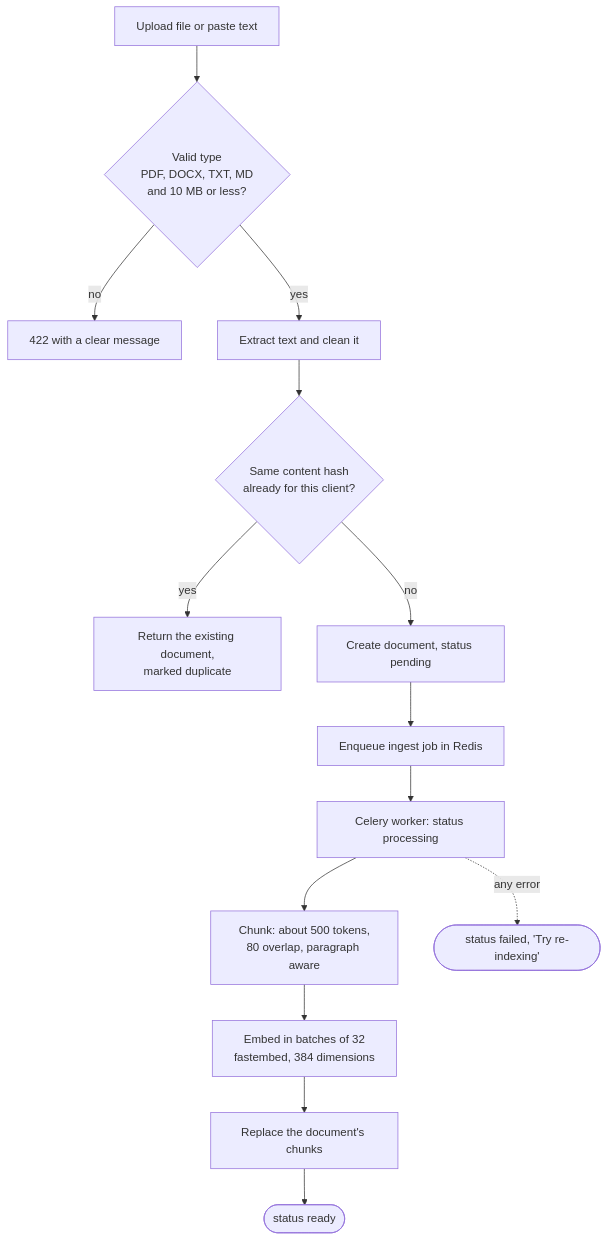
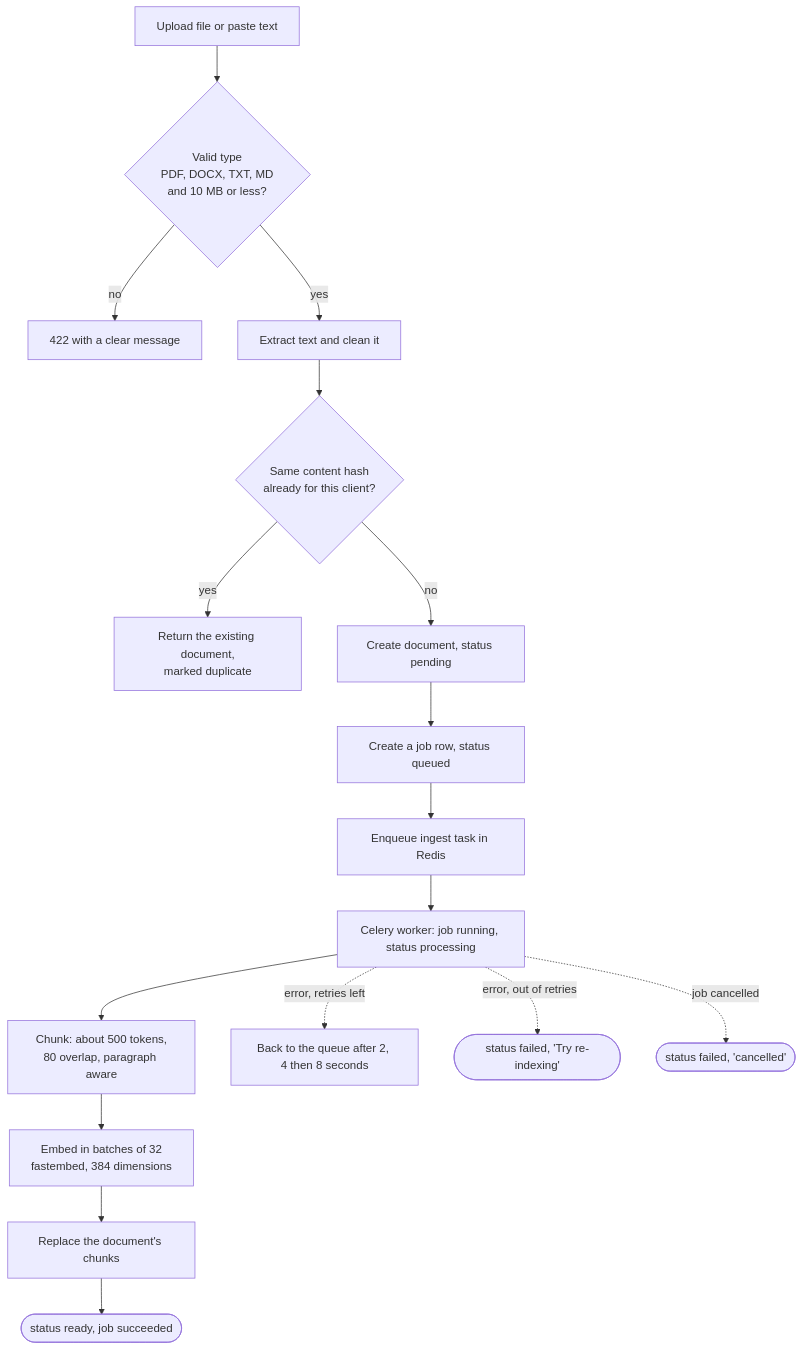
The eighth of 15 diagrams in README.md (shrxprxyx/MarketPilot), drawn with Mermaid before and after one commit. The commit also changed other lines of this file, not shown here.

````diff
--- a/README.md
+++ b/README.md
@@ -585,16 +619,19 @@
 ```mermaid
 flowchart TD
     up["Upload file or paste text"] --> val{"Valid type<br/>PDF, DOCX, TXT, MD<br/>and 10 MB or less?"}
     val -->|no| rej["422 with a clear message"]
     val -->|yes| ext["Extract text and clean it"]
     ext --> hash{"Same content hash<br/>already for this client?"}
     hash -->|yes| dup["Return the existing document,<br/>marked duplicate"]
     hash -->|no| row["Create document, status pending"]
-    row --> q["Enqueue ingest job in Redis"]
-    q --> w["Celery worker: status processing"]
+    row --> jb["Create a job row, status queued"]
+    jb --> q["Enqueue ingest task in Redis"]
+    q --> w["Celery worker: job running, status processing"]
     w --> ch["Chunk: about 500 tokens,<br/>80 overlap, paragraph aware"]
     ch --> em["Embed in batches of 32<br/>fastembed, 384 dimensions"]
     em --> st["Replace the document's chunks"]
-    st --> ok(["status ready"])
-    w -.->|any error| fail(["status failed, 'Try re-indexing'"])
+    st --> ok(["status ready, job succeeded"])
+    w -.->|error, retries left| retry["Back to the queue after 2, 4 then 8 seconds"]
+    w -.->|error, out of retries| fail(["status failed, 'Try re-indexing'"])
+    w -.->|job cancelled| can(["status failed, 'cancelled'"])
 ```
````
